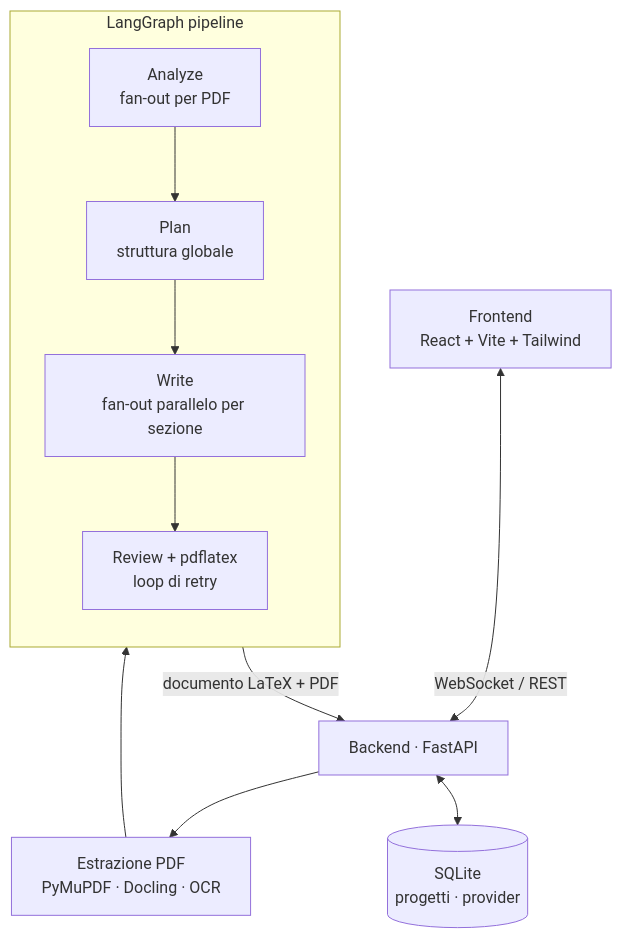
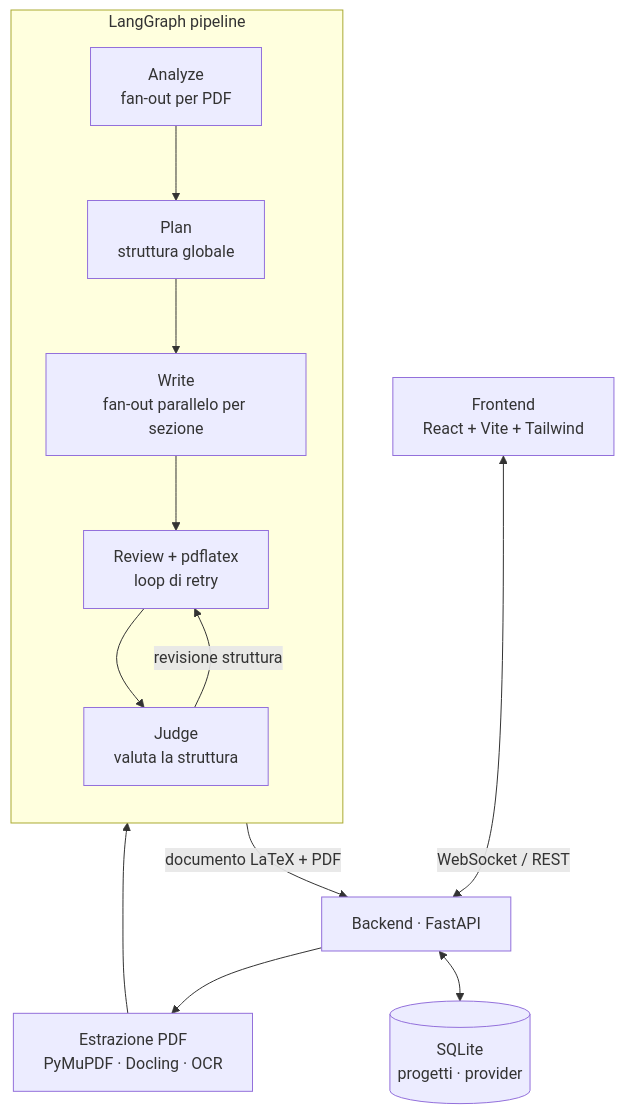
The diagram in README.MD (GiuseppeBellamacina/PDF2Latex), drawn with Mermaid before and after one commit. The commit also changed other lines of this file and 25 other files, not shown here.

````diff
--- a/README.MD
+++ b/README.MD
@@ -11,22 +11,24 @@
 ```mermaid
 flowchart TD
     UI["Frontend<br/>React + Vite + Tailwind"]
     API["Backend · FastAPI"]
     EXTRACT["Estrazione PDF<br/>PyMuPDF · Docling · OCR"]
     DB[("SQLite<br/>progetti · provider")]
 
     subgraph PIPELINE["LangGraph pipeline"]
         direction TB
         A["Analyze<br/>fan-out per PDF"]
         P["Plan<br/>struttura globale"]
         W["Write<br/>fan-out parallelo per sezione"]
         R["Review + pdflatex<br/>loop di retry"]
-        A --> P --> W --> R
+        J["Judge<br/>valuta la struttura"]
+        A --> P --> W --> R --> J
+        J -->|"revisione struttura"| R
     end
 
     UI <-->|"WebSocket / REST"| API
     API --> EXTRACT
     EXTRACT --> PIPELINE
     API <--> DB
-    R -->|"documento LaTeX + PDF"| API
+    J -->|"documento LaTeX + PDF"| API
 ```
````
